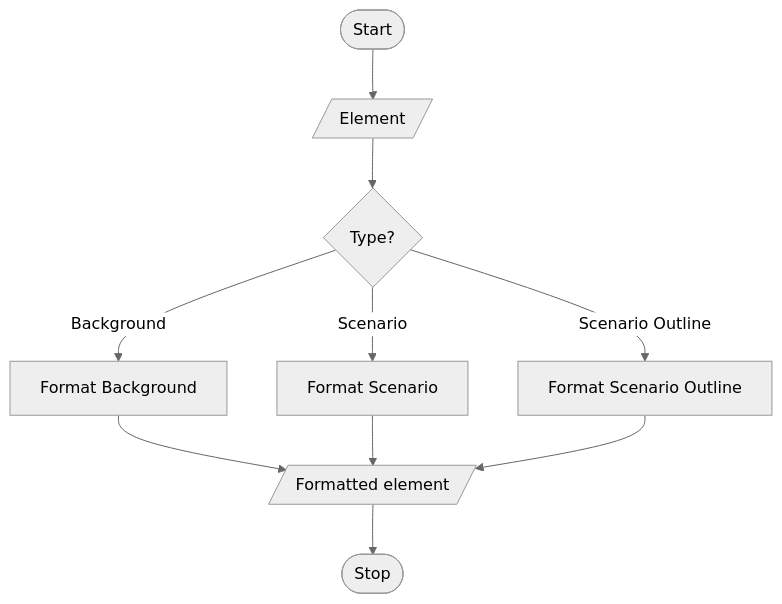
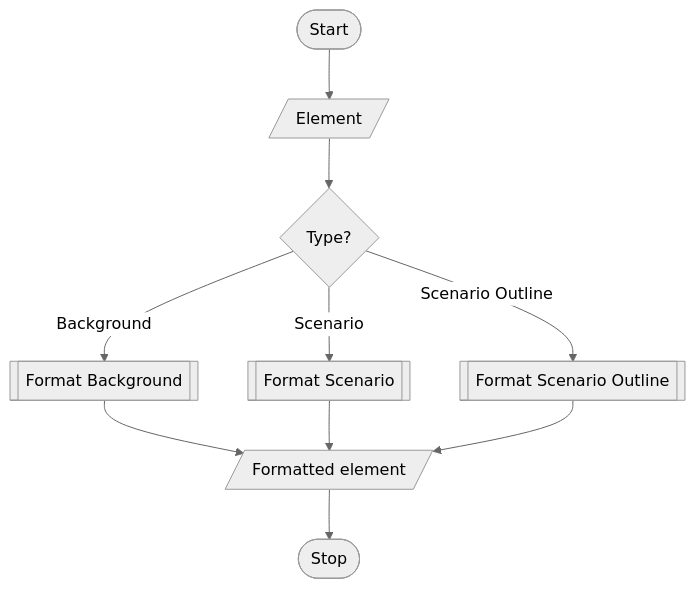
One commit to gherking/gherking-docs changed the ninth of 15 diagrams in src/mermaid.md. Above: the diagram before and after it, drawn with Mermaid (neutral theme). The commit also changed other lines of this file, not shown here.

````diff
--- a/src/mermaid.md
+++ b/src/mermaid.md
@@ -111,10 +111,10 @@
 ```mermaid
 graph TD
 A([Start])
 -->B[/Element/]
 -->C{Type?}
-C-->|Background| D3[Format Background] --> Z[/Formatted element/]
-C-->|Scenario| E3[Format Scenario] --> Z
-C-->|Scenario Outline| F[Format Scenario Outline] --> Z
+C-->|Background| D3[[Format Background]] --> Z[/Formatted element/]
+C-->|Scenario| E3[[Format Scenario]] --> Z
+C-->|Scenario Outline| F[[Format Scenario Outline]] --> Z
 Z --> Y([Stop])
 ```
````
